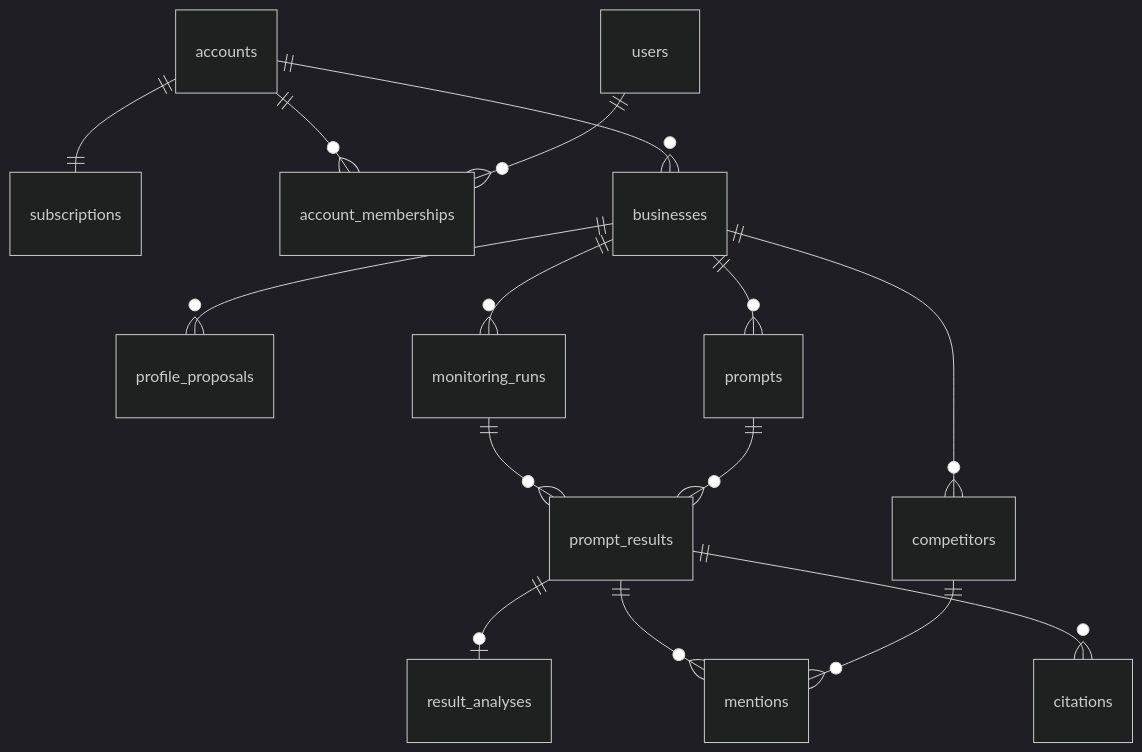
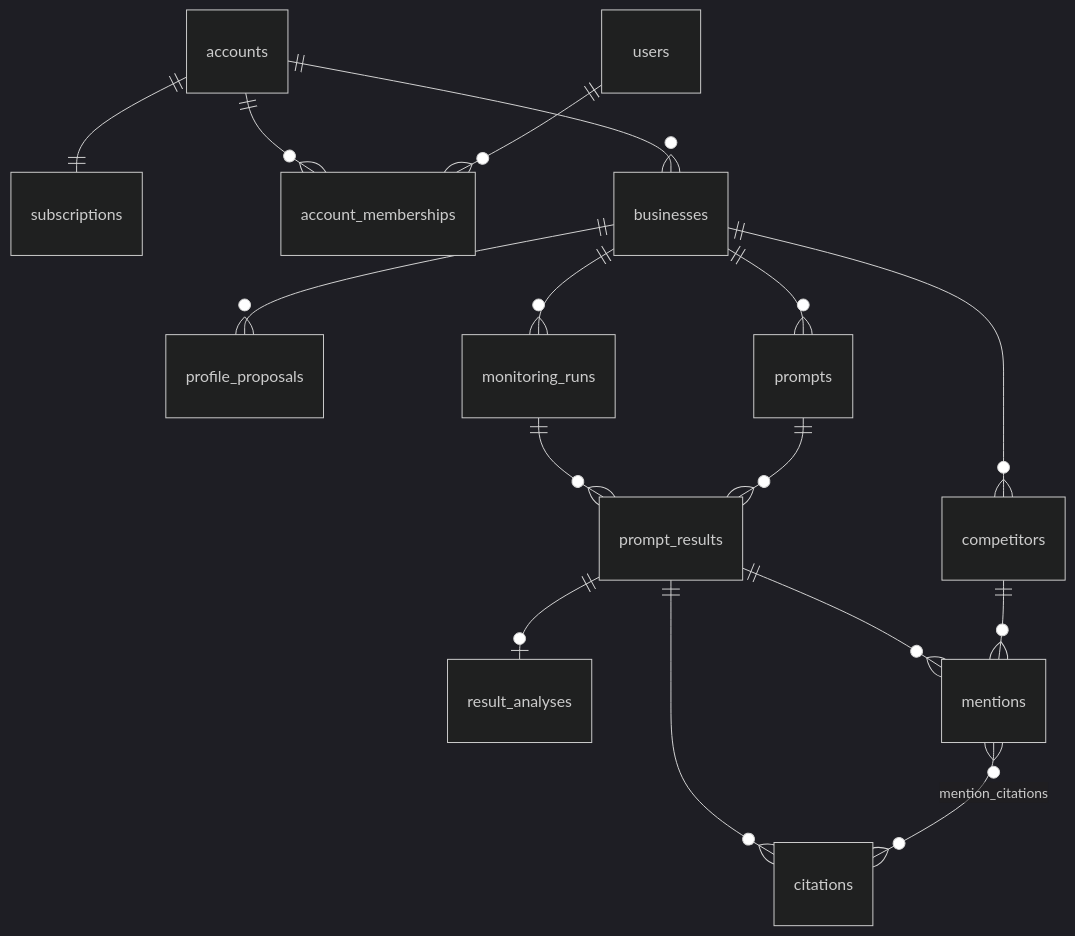
The diagram in docs/design/02-data-model.md (tanjoshua/opensight), drawn with Mermaid (dark theme) before and after one commit. The commit also changed other lines of this file and 28 other files, not shown here.

````diff
--- a/docs/design/02-data-model.md
+++ b/docs/design/02-data-model.md
@@ -14,17 +14,18 @@
 ```mermaid
 erDiagram
     accounts ||--|| subscriptions : ""
     accounts ||--o{ account_memberships : ""
     users ||--o{ account_memberships : ""
     accounts ||--o{ businesses : ""
     businesses ||--o{ profile_proposals : ""
     businesses ||--o{ prompts : ""
     businesses ||--o{ competitors : ""
     businesses ||--o{ monitoring_runs : ""
     monitoring_runs ||--o{ prompt_results : ""
     prompts ||--o{ prompt_results : ""
     prompt_results ||--o| result_analyses : ""
     prompt_results ||--o{ mentions : ""
     prompt_results ||--o{ citations : ""
     competitors ||--o{ mentions : ""
+    mentions }o--o{ citations : "mention_citations"
 ```
````
